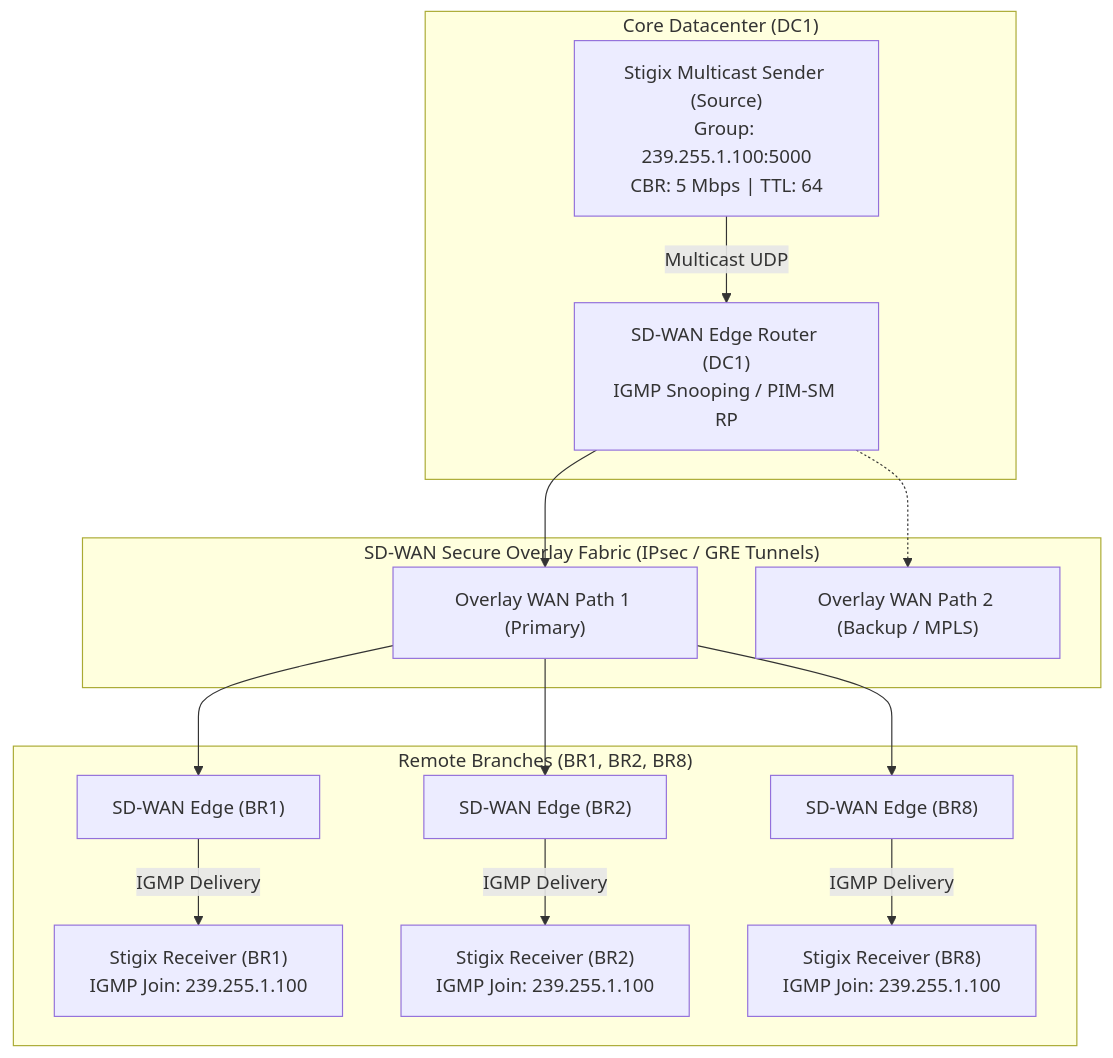
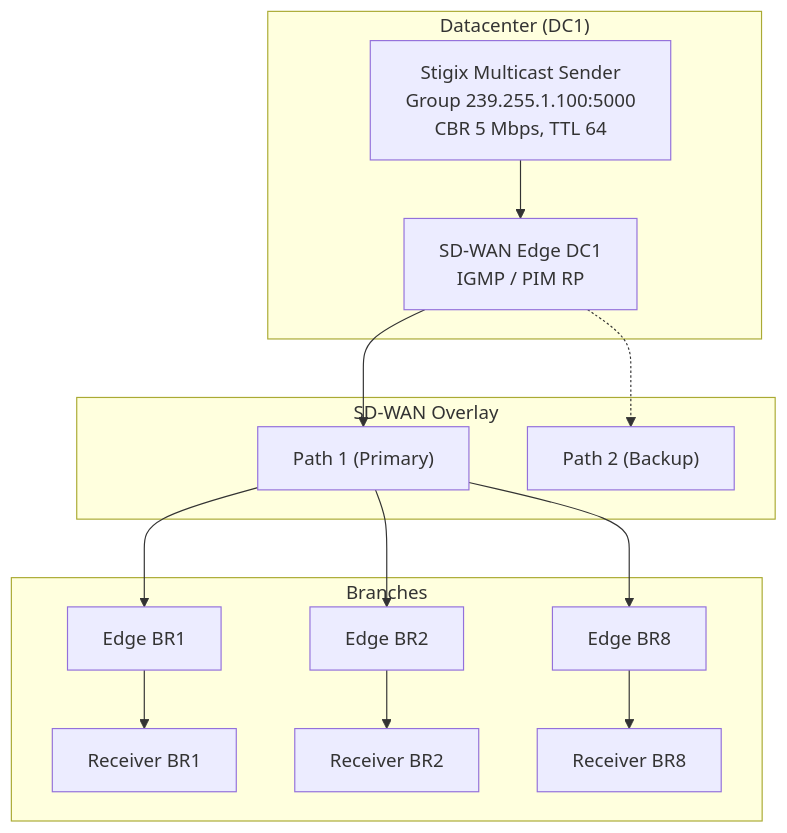
One commit to jsuzanne/stigix changed the first of 2 diagrams in docs/PRD_MULTICAST_SDWAN_OVERLAY.md. Above: the diagram before and after it, drawn with Mermaid. The commit also changed other lines of this file, not shown here.

Commit message:
docs: revise multicast PRD (code alignment, scenarios, API, risks)

````diff
--- a/docs/PRD_MULTICAST_SDWAN_OVERLAY.md
+++ b/docs/PRD_MULTICAST_SDWAN_OVERLAY.md
@@ -23,32 +32,22 @@
 ```mermaid
 flowchart TD
-    subgraph Core_Datacenter["Core Datacenter (DC1)"]
-        Sender["Stigix Multicast Sender (Source)<br/>Group: 239.255.1.100:5000<br/>CBR: 5 Mbps | TTL: 64"]
-        Edge1["SD-WAN Edge Router (DC1)<br/>IGMP Snooping / PIM-SM RP"]
+    subgraph DC["Datacenter (DC1)"]
+        Sender["Stigix Multicast Sender<br/>Group 239.255.1.100:5000<br/>CBR 5 Mbps, TTL 64"]
+        Edge1["SD-WAN Edge DC1<br/>IGMP / PIM RP"]
     end
-
-    subgraph SDWAN_Overlay["SD-WAN Secure Overlay Fabric (IPsec / GRE Tunnels)"]
-        Tunnel1["Overlay WAN Path 1 (Primary)"]
-        Tunnel2["Overlay WAN Path 2 (Backup / MPLS)"]
+    subgraph Overlay["SD-WAN Overlay"]
+        T1["Path 1 (Primary)"]
+        T2["Path 2 (Backup)"]
     end
-
-    subgraph Branch_Offices["Remote Branches (BR1, BR2, BR8)"]
-        Edge2["SD-WAN Edge (BR1)"]
-        Edge3["SD-WAN Edge (BR2)"]
-        Edge4["SD-WAN Edge (BR8)"]
-        
-        Receiver1["Stigix Receiver (BR1)<br/>IGMP Join: 239.255.1.100"]
-        Receiver2["Stigix Receiver (BR2)<br/>IGMP Join: 239.255.1.100"]
-        Receiver3["Stigix Receiver (BR8)<br/>IGMP Join: 239.255.1.100"]
+    subgraph Branches["Branches"]
+        E2["Edge BR1"] --> R1["Receiver BR1"]
+        E3["Edge BR2"] --> R2["Receiver BR2"]
+        E4["Edge BR8"] --> R3["Receiver BR8"]
     end
-
-    Sender -->|Multicast UDP| Edge1
-    Edge1 --> Tunnel1
-    Edge1 -.-> Tunnel2
-    Tunnel1 --> Edge2
-    Tunnel1 --> Edge3
-    Tunnel1 --> Edge4
-    Edge2 -->|IGMP Delivery| Receiver1
-    Edge3 -->|IGMP Delivery| Receiver2
-    Edge4 -->|IGMP Delivery| Receiver3
+    Sender --> Edge1
+    Edge1 --> T1
+    Edge1 -.-> T2
+    T1 --> E2
+    T1 --> E3
+    T1 --> E4
 ```
````
